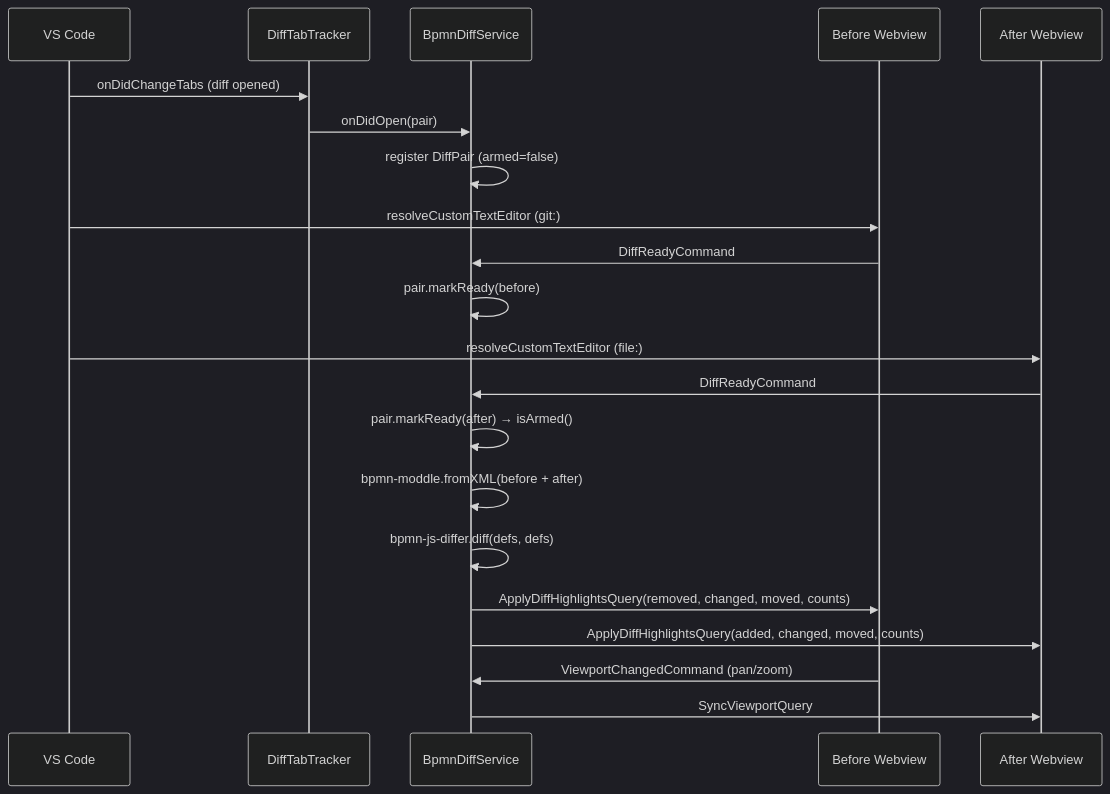
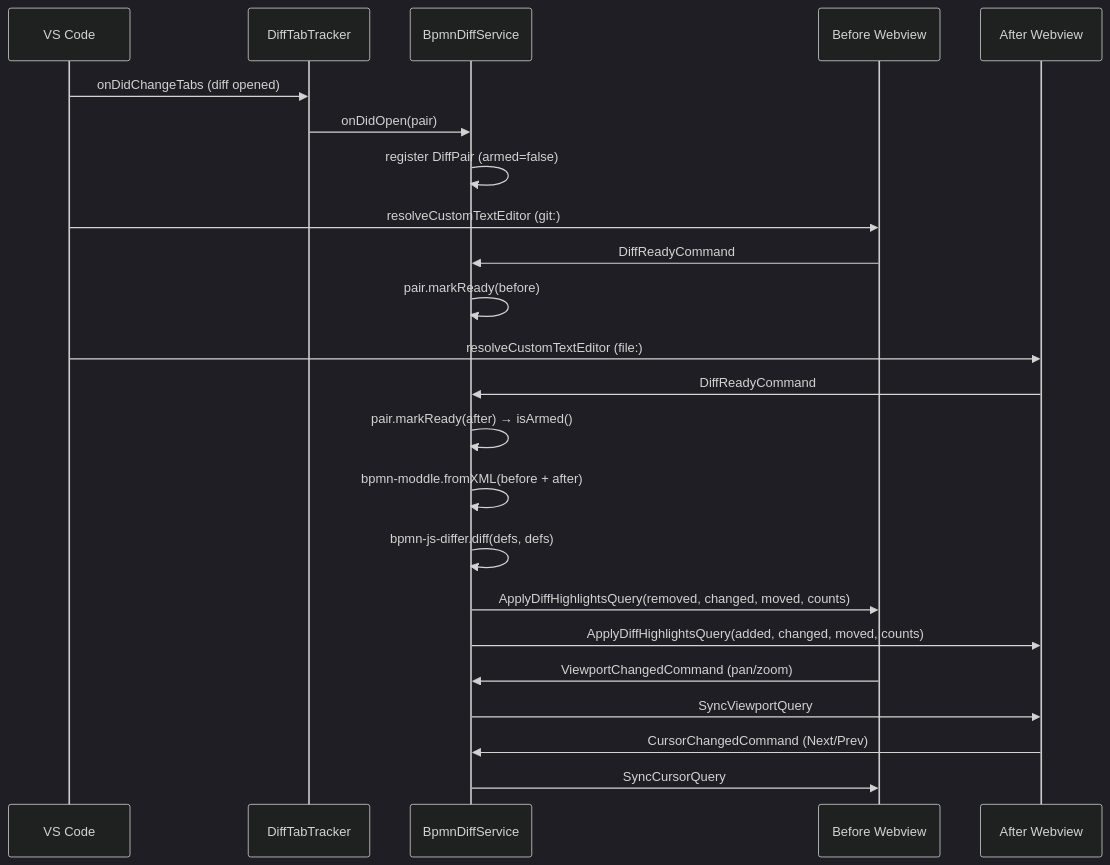
One commit to Miragon/bpmn-modeler changed the diagram in docs/features/bpmn-diff.md. Above: the diagram before and after it, drawn with Mermaid (dark theme). The commit also changed other lines of this file and 10 other files, not shown here.

First line of the commit message:
feat: improve diff stepper to navigate by sequence-flow order (#915)

````diff
--- a/docs/features/bpmn-diff.md
+++ b/docs/features/bpmn-diff.md
@@ -49,28 +54,31 @@
 ```mermaid
 sequenceDiagram
     participant VSCode as VS Code
     participant Tracker as DiffTabTracker
     participant Diff as BpmnDiffService
     participant BeforePane as Before Webview
     participant AfterPane as After Webview
 
     VSCode->>Tracker: onDidChangeTabs (diff opened)
     Tracker->>Diff: onDidOpen(pair)
     Diff->>Diff: register DiffPair (armed=false)
 
     VSCode->>BeforePane: resolveCustomTextEditor (git:)
     BeforePane->>Diff: DiffReadyCommand
     Diff->>Diff: pair.markReady(before)
 
     VSCode->>AfterPane: resolveCustomTextEditor (file:)
     AfterPane->>Diff: DiffReadyCommand
     Diff->>Diff: pair.markReady(after) → isArmed()
 
     Diff->>Diff: bpmn-moddle.fromXML(before + after)
     Diff->>Diff: bpmn-js-differ.diff(defs, defs)
     Diff->>BeforePane: ApplyDiffHighlightsQuery(removed, changed, moved, counts)
     Diff->>AfterPane: ApplyDiffHighlightsQuery(added, changed, moved, counts)
 
     BeforePane->>Diff: ViewportChangedCommand (pan/zoom)
     Diff->>AfterPane: SyncViewportQuery
+
+    AfterPane->>Diff: CursorChangedCommand (Next/Prev)
+    Diff->>BeforePane: SyncCursorQuery
 ```
````
